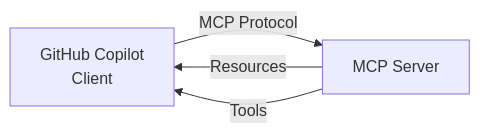
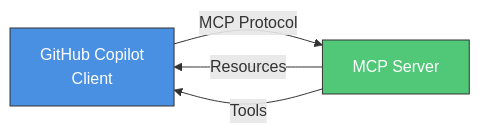
One commit to j0hnnymiller/AI-Assisted-Software-Development changed the diagram in slides/marp/mmd/what-Is-mcp.mmd. Above: the diagram before and after it, drawn with Mermaid. The commit also changed 3 other files, not shown here.

Commit message:
feat: enhance presentation slides with improved flowchart styles and context efficiency explanations

```diff
--- a/slides/marp/mmd/what-Is-mcp.mmd
+++ b/slides/marp/mmd/what-Is-mcp.mmd
@@ -1,4 +1,7 @@
 flowchart LR
-    A[GitHub Copilot\nClient] -- MCP Protocol --> B[MCP Server]
+    A[GitHub Copilot\nClient]:::blue -- MCP Protocol --> B[MCP Server]:::green
     B -- Resources --> A
     B -- Tools --> A
+
+    classDef blue fill:#4A90E2,stroke:#333,color:#fff
+    classDef green fill:#50C878,stroke:#333,color:#fff
```
